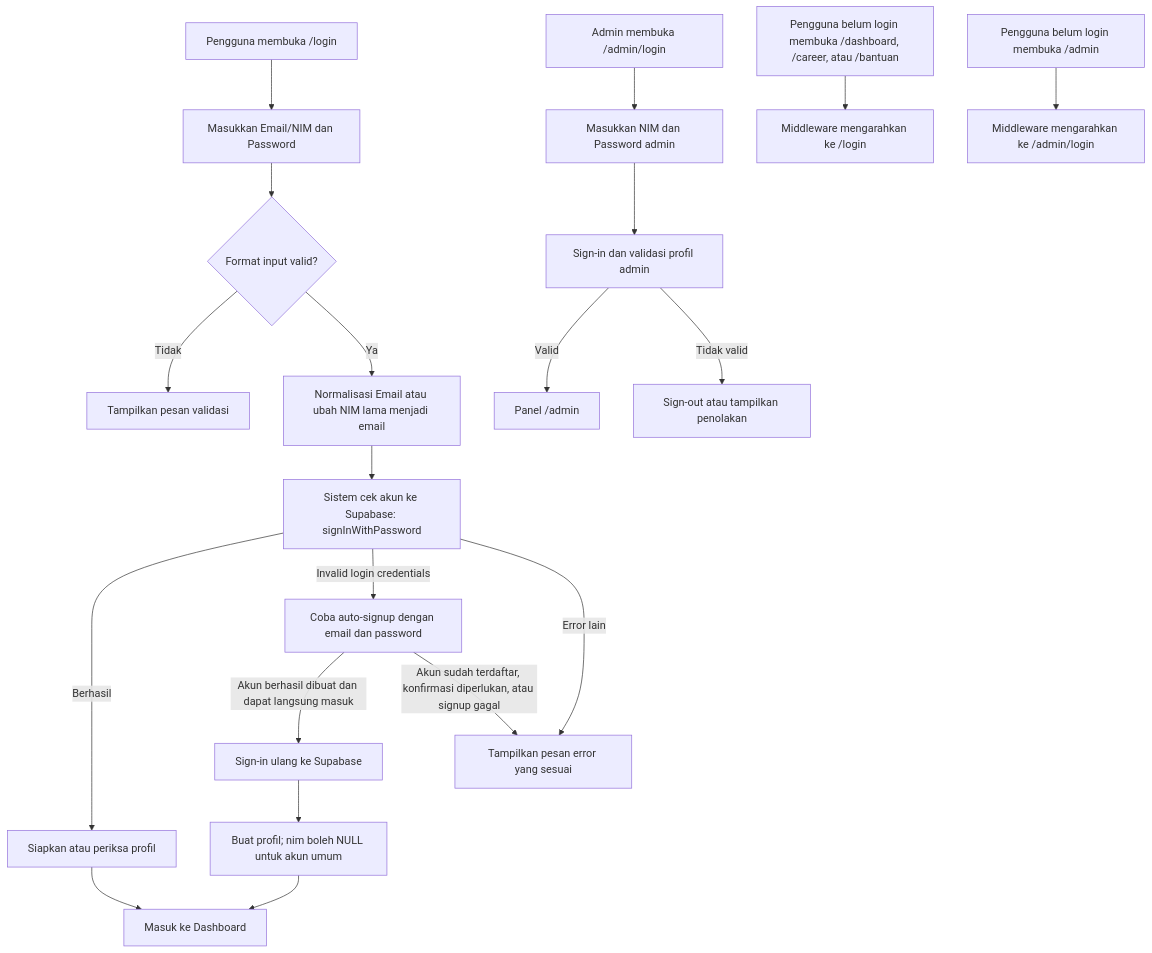
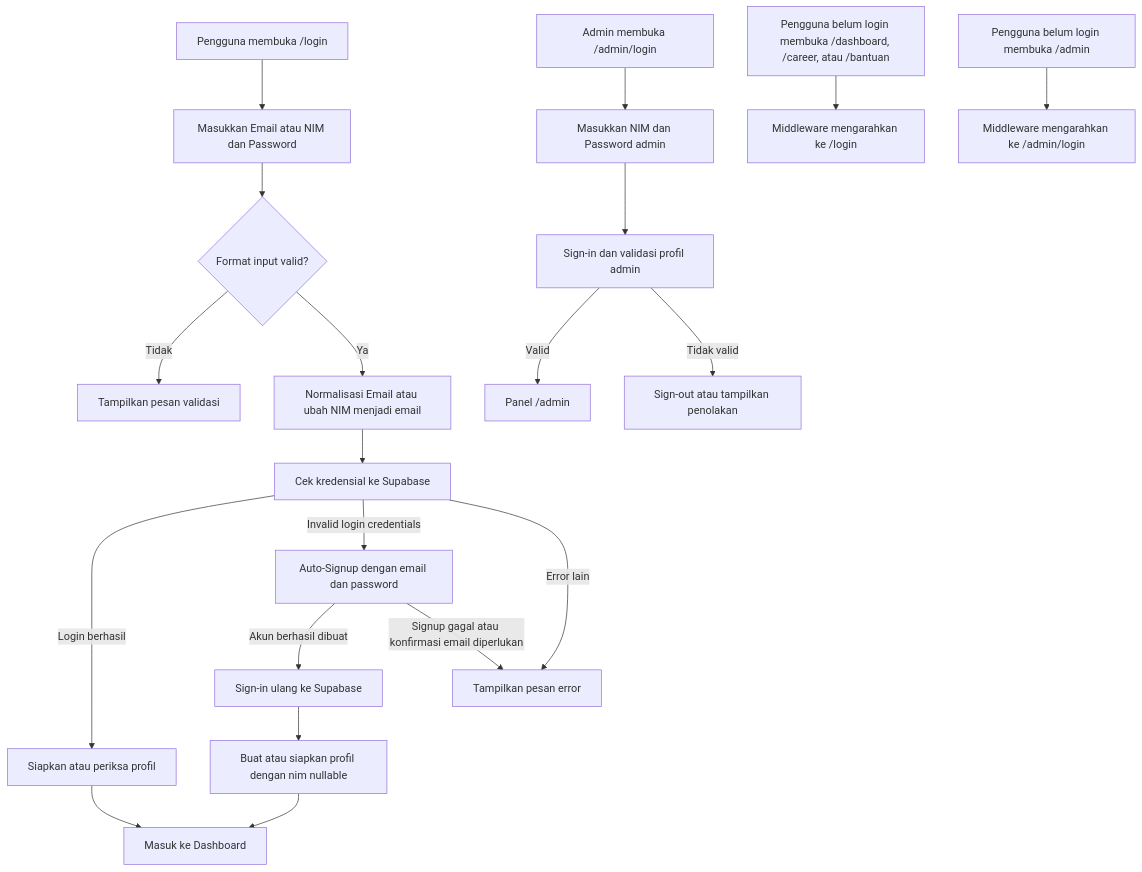
One commit to nandayudhistirawibowo/NdUniverse changed the first of 6 diagrams in FLOWCHART.md. Above: the diagram before and after it, drawn with Mermaid. The commit also changed other lines of this file and 2 other files, not shown here.

Commit message:
docs: sempurnakan PRD, ERD, dan FLOWCHART sesuai fitur final (TTS, Avatar, XP)

````diff
--- a/FLOWCHART.md
+++ b/FLOWCHART.md
@@ -5,24 +5,24 @@
 ```mermaid
 flowchart TD
-    A[Pengguna membuka /login] --> B[Masukkan Email/NIM dan Password]
+    A[Pengguna membuka /login] --> B[Masukkan Email atau NIM dan Password]
     B --> C{Format input valid?}
     C -->|Tidak| D[Tampilkan pesan validasi]
-    C -->|Ya| E[Normalisasi Email atau ubah NIM lama menjadi email]
-    E --> F[Sistem cek akun ke Supabase: signInWithPassword]
-    F -->|Berhasil| G[Siapkan atau periksa profil]
+    C -->|Ya| E[Normalisasi Email atau ubah NIM menjadi email]
+    E --> F[Cek kredensial ke Supabase]
+    F -->|Login berhasil| G[Siapkan atau periksa profil]
     G --> H[Masuk ke Dashboard]
-    F -->|Invalid login credentials| I[Coba auto-signup dengan email dan password]
-    F -->|Error lain| J[Tampilkan pesan error yang sesuai]
-    I -->|Akun berhasil dibuat dan dapat langsung masuk| K[Sign-in ulang ke Supabase]
-    K --> L[Buat profil; nim boleh NULL untuk akun umum]
+    F -->|Invalid login credentials| I[Auto-Signup dengan email dan password]
+    F -->|Error lain| J[Tampilkan pesan error]
+    I -->|Akun berhasil dibuat| K[Sign-in ulang ke Supabase]
+    K --> L[Buat atau siapkan profil dengan nim nullable]
     L --> H
-    I -->|Akun sudah terdaftar, konfirmasi diperlukan, atau signup gagal| J
+    I -->|Signup gagal atau konfirmasi email diperlukan| J
 
     M[Admin membuka /admin/login] --> N[Masukkan NIM dan Password admin]
     N --> O[Sign-in dan validasi profil admin]
     O -->|Valid| P[Panel /admin]
     O -->|Tidak valid| Q[Sign-out atau tampilkan penolakan]
 
     R[Pengguna belum login membuka /dashboard, /career, atau /bantuan] --> S[Middleware mengarahkan ke /login]
     T[Pengguna belum login membuka /admin] --> U[Middleware mengarahkan ke /admin/login]
 ```
````
